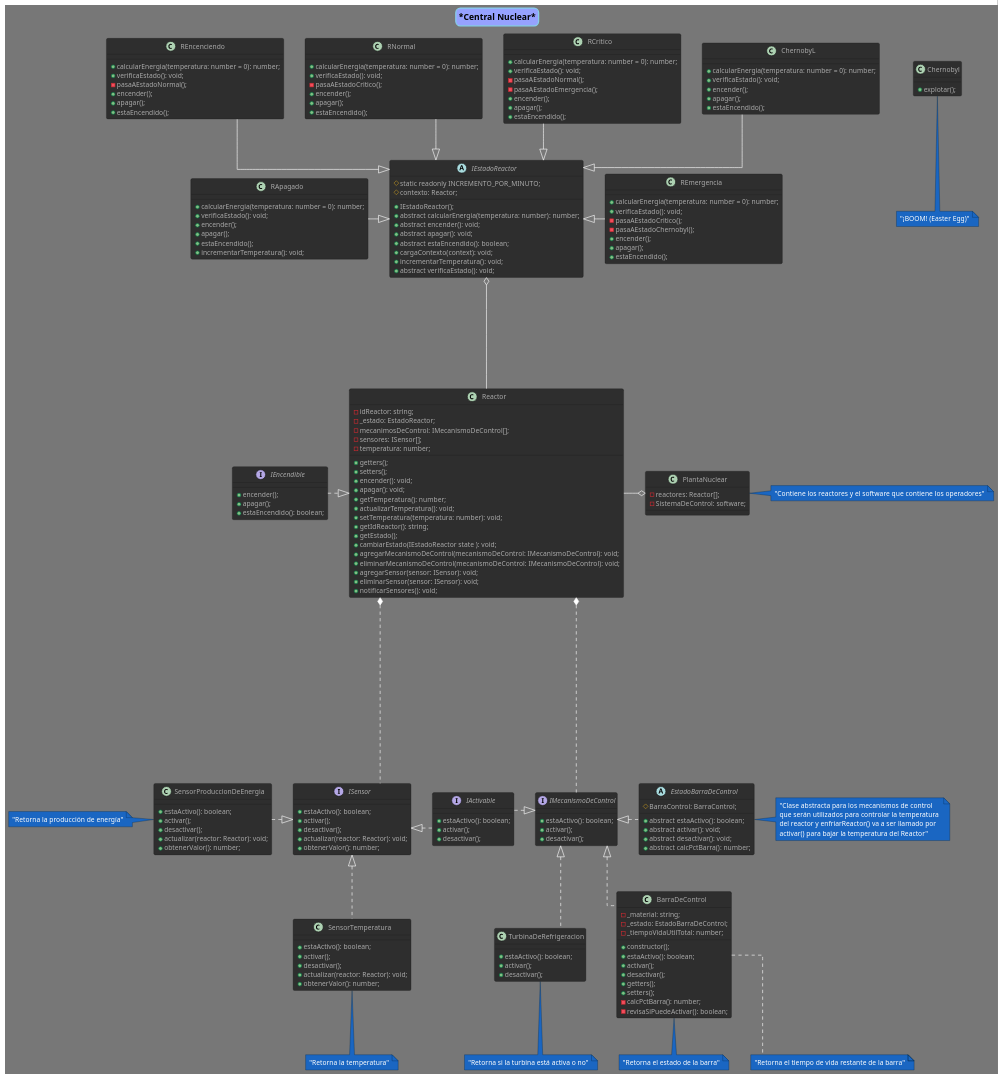
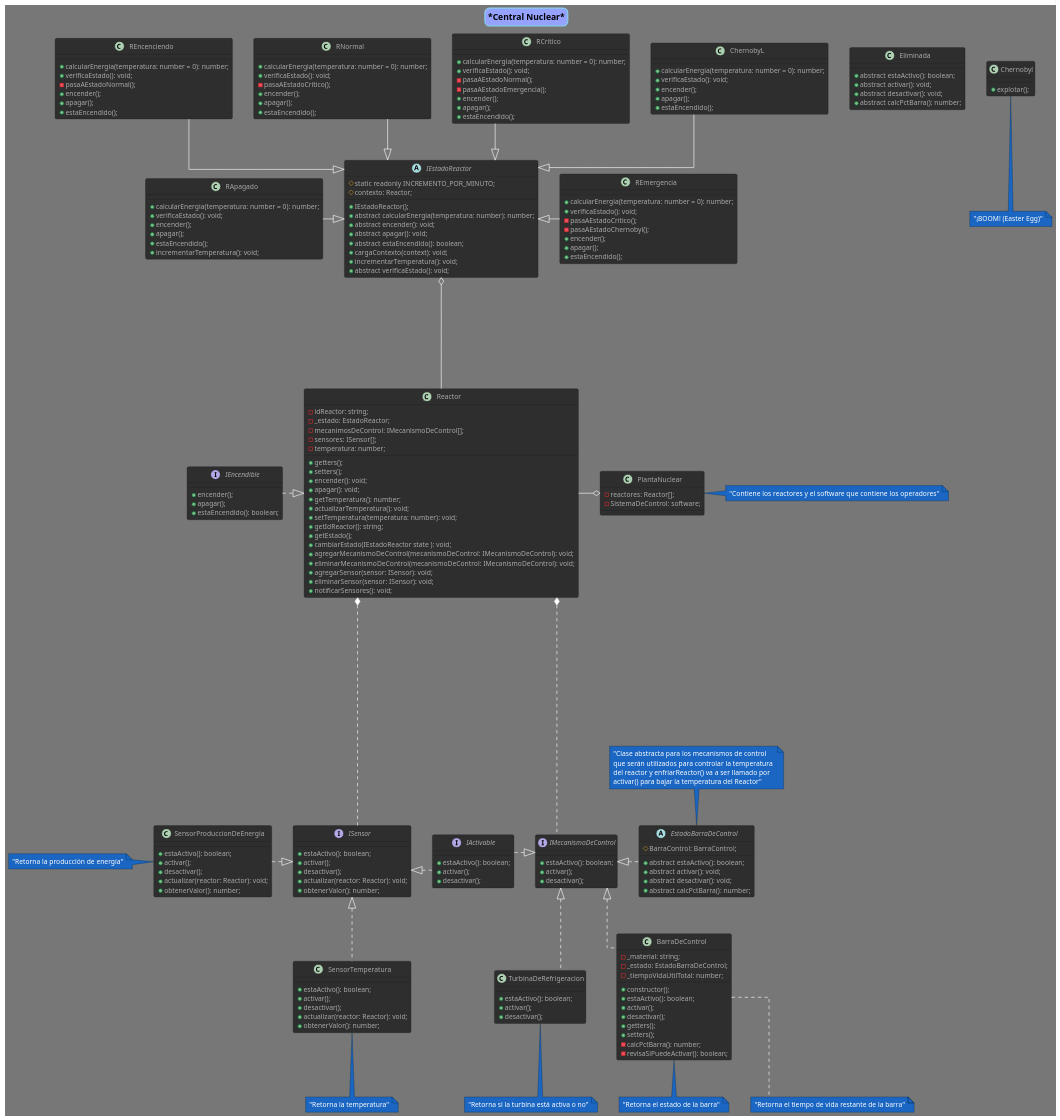
One commit to fmiguezo/reactor_nuclear changed the diagram in diagrams/clases_central_nuclear.puml. Above: the diagram before and after it, drawn with PlantUML.

Commit message:
agregué la clase Eliminada q extiende de EstadosBarraDeControl

```diff
--- a/diagrams/clases_central_nuclear.puml
+++ b/diagrams/clases_central_nuclear.puml
@@ -190,6 +190,13 @@
     +abstract calcPctBarra(): number;
 }
 
+class Eliminada {
+    +abstract estaActivo(): boolean;
+    +abstract activar(): void;
+    +abstract desactivar(): void;
+    +abstract calcPctBarra(): number;
+}
+
 '' Turbina de refrigeración
 class TurbinaDeRefrigeracion implements IMecanismoDeControl {
     + estaActivo(): boolean;
@@ -233,5 +240,5 @@
 note bottom of TurbinaDeRefrigeracion: "Retorna si la turbina está activa o no"
 note bottom of Chernobyl: "¡BOOM! (Easter Egg)"
 note right of PlantaNuclear: "Contiene los reactores y el software que contiene los operadores"
-note right of EstadoBarraDeControl: "Clase abstracta para los mecanismos de control \nque serán utilizados para controlar la temperatura \ndel reactor y enfriarReactor() va a ser llamado por \nactivar() para bajar la temperatura del Reactor"
+note top of EstadoBarraDeControl: "Clase abstracta para los mecanismos de control \nque serán utilizados para controlar la temperatura \ndel reactor y enfriarReactor() va a ser llamado por \nactivar() para bajar la temperatura del Reactor"
 @enduml
```
